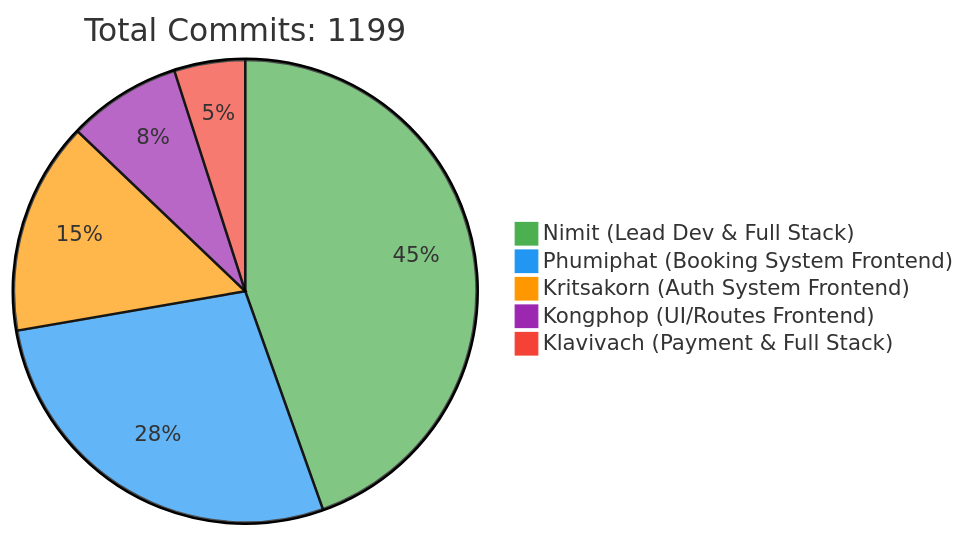
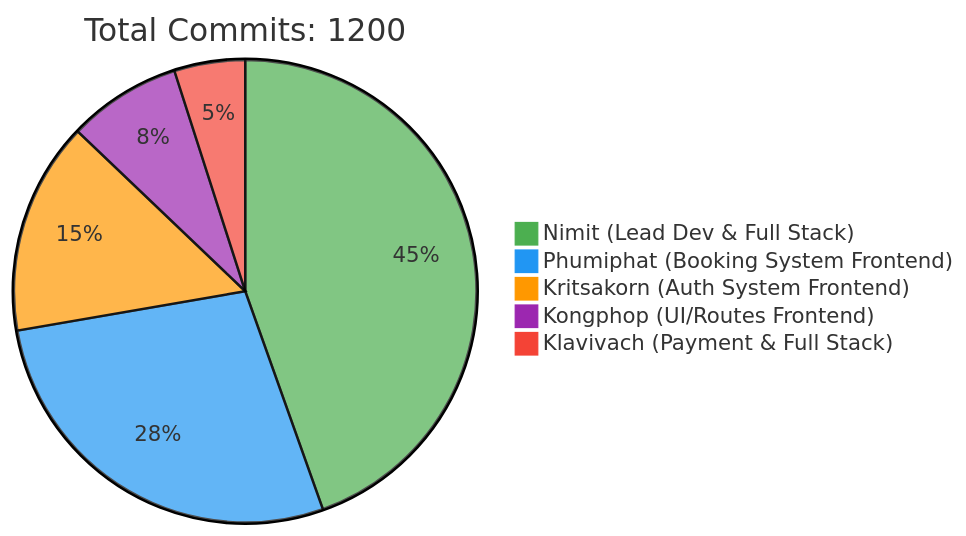
The first of 2 diagrams in README.md (6531503042/Sport-Complex), drawn with Mermaid before and after one commit. The commit also changed other lines of this file, not shown here.

Commit message:
docs: Update contributor statistics [skip ci]

````diff
--- a/README.md
+++ b/README.md
@@ -257,10 +257,10 @@
 ```mermaid
 %%{init: {'theme': 'base', 'themeVariables': { 'pie1': '#4CAF50', 'pie2': '#2196F3', 'pie3': '#FF9800', 'pie4': '#9C27B0', 'pie5': '#F44336'}}}%%
 pie
-    title Total Commits: 1199
+    title Total Commits: 1200
     "Nimit (Lead Dev & Full Stack)" : 450
     "Phumiphat (Booking System Frontend)" : 280
     "Kritsakorn (Auth System Frontend)" : 150
     "Kongphop (UI/Routes Frontend)" : 80
     "Klavivach (Payment & Full Stack)" : 50
 ```
````
